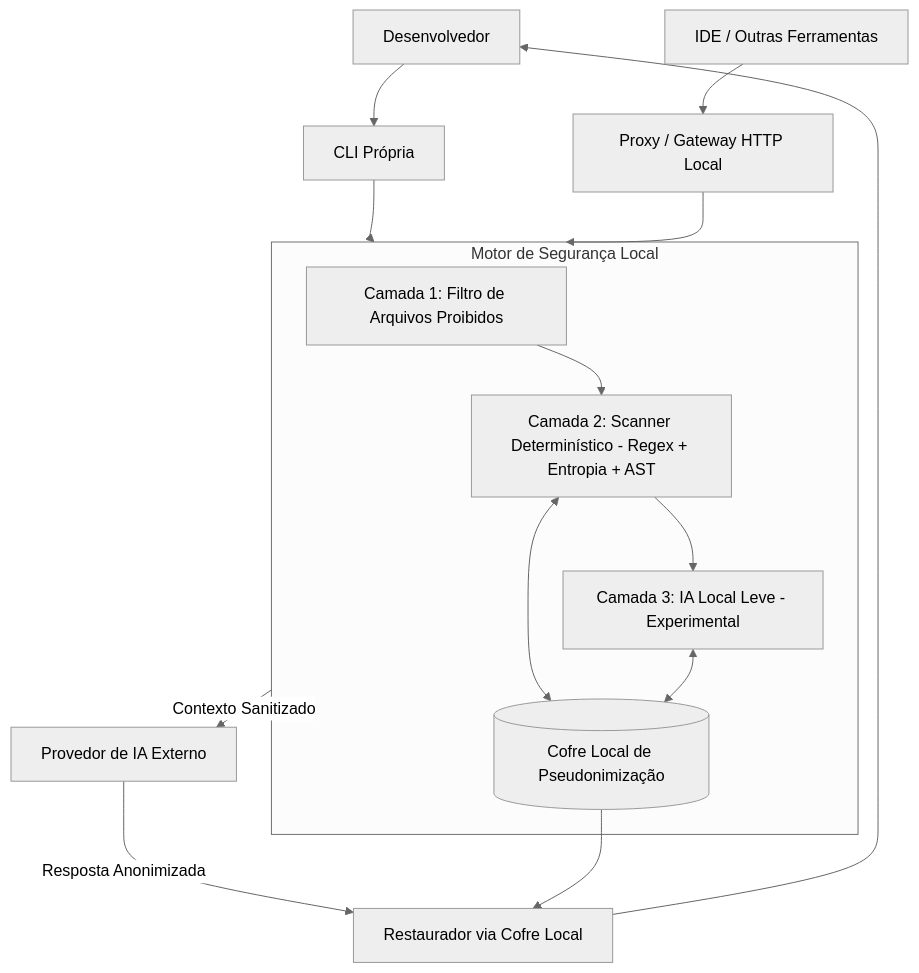
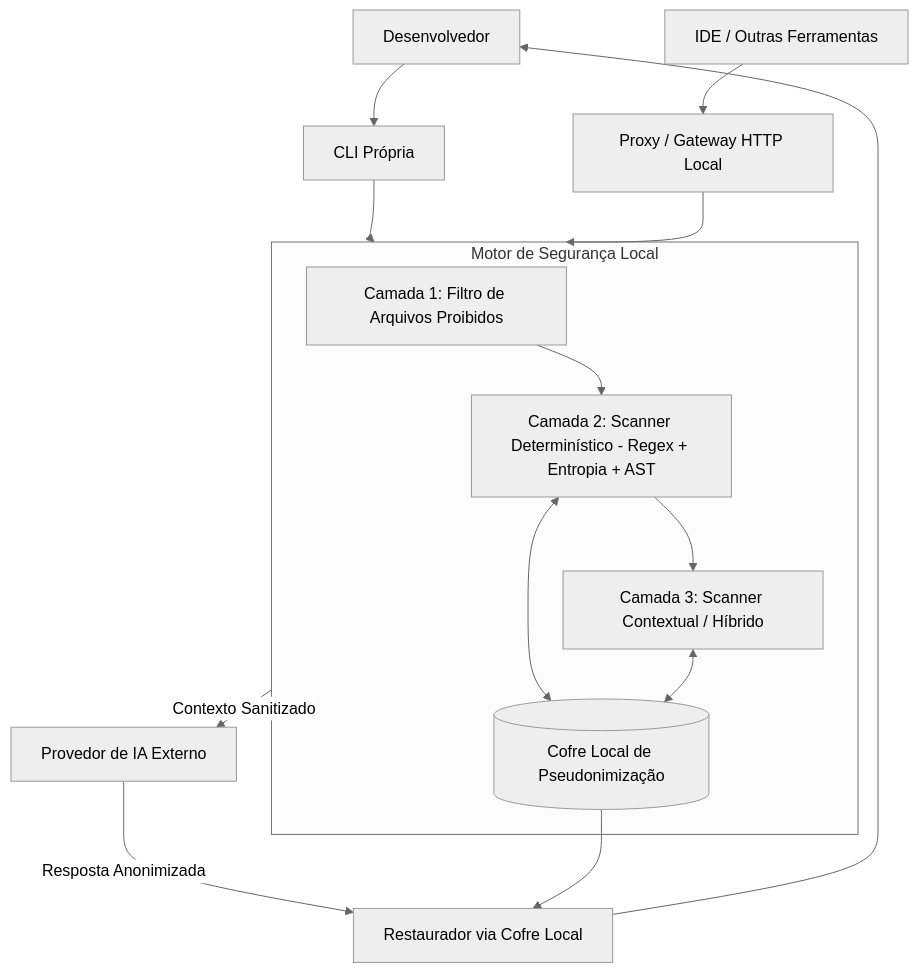
One commit to DK7E3/blind-ai changed the diagram in README.md. Above: the diagram before and after it, drawn with Mermaid (neutral theme). The commit also changed other lines of this file and 9 other files, not shown here.

````diff
--- a/README.md
+++ b/README.md
@@ -17,23 +17,23 @@
 ```mermaid
 flowchart TD
     Dev[Desenvolvedor] --> CLI[CLI Própria]
     IDE[IDE / Outras Ferramentas] --> Proxy[Proxy / Gateway HTTP Local]
 
     CLI --> Core
     Proxy --> Core
 
     subgraph Core [Motor de Segurança Local]
         C1[Camada 1: Filtro de Arquivos Proibidos]
         C2[Camada 2: Scanner Determinístico - Regex + Entropia + AST]
-        C3[Camada 3: IA Local Leve - Experimental]
+        C3[Camada 3: Scanner Contextual / Híbrido]
         Vault[(Cofre Local de Pseudonimização)]
         C1 --> C2 --> C3
         C2 <--> Vault
         C3 <--> Vault
     end
 
     Core -->|Contexto Sanitizado| LLM[Provedor de IA Externo]
     LLM -->|Resposta Anonimizada| Restore[Restaurador via Cofre Local]
     Vault --> Restore
     Restore --> Dev
 ```
````
